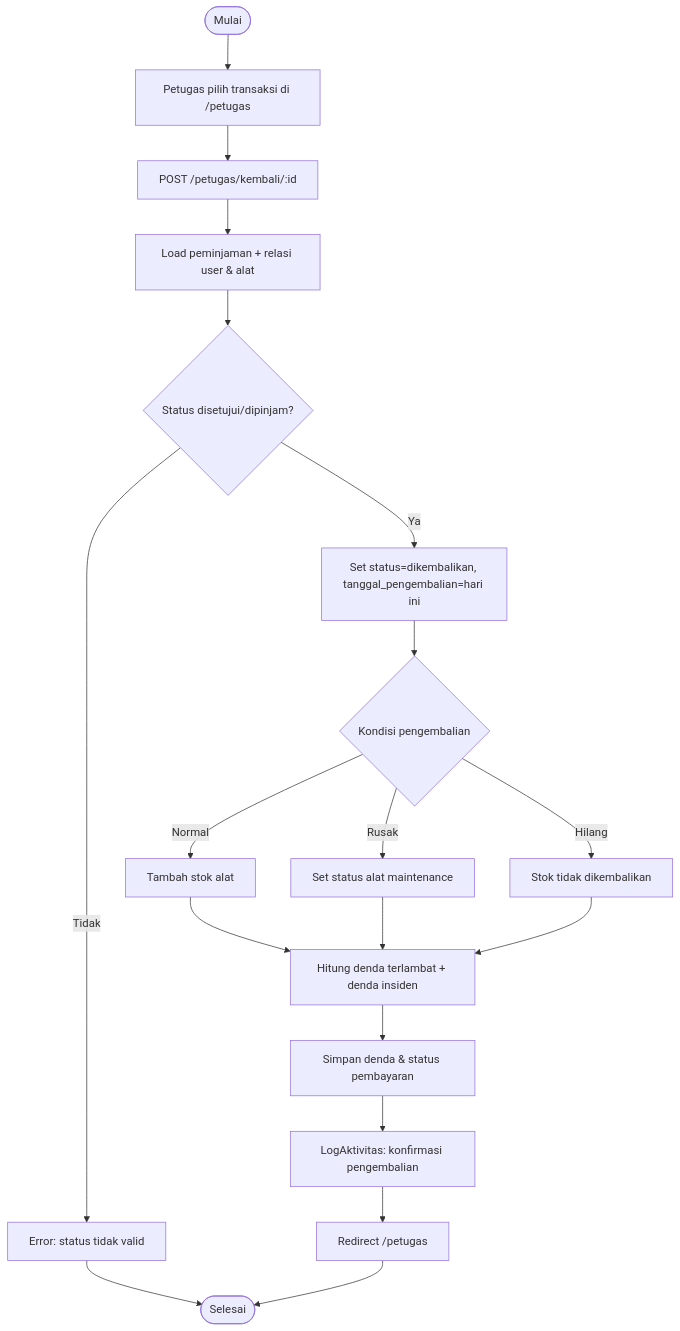
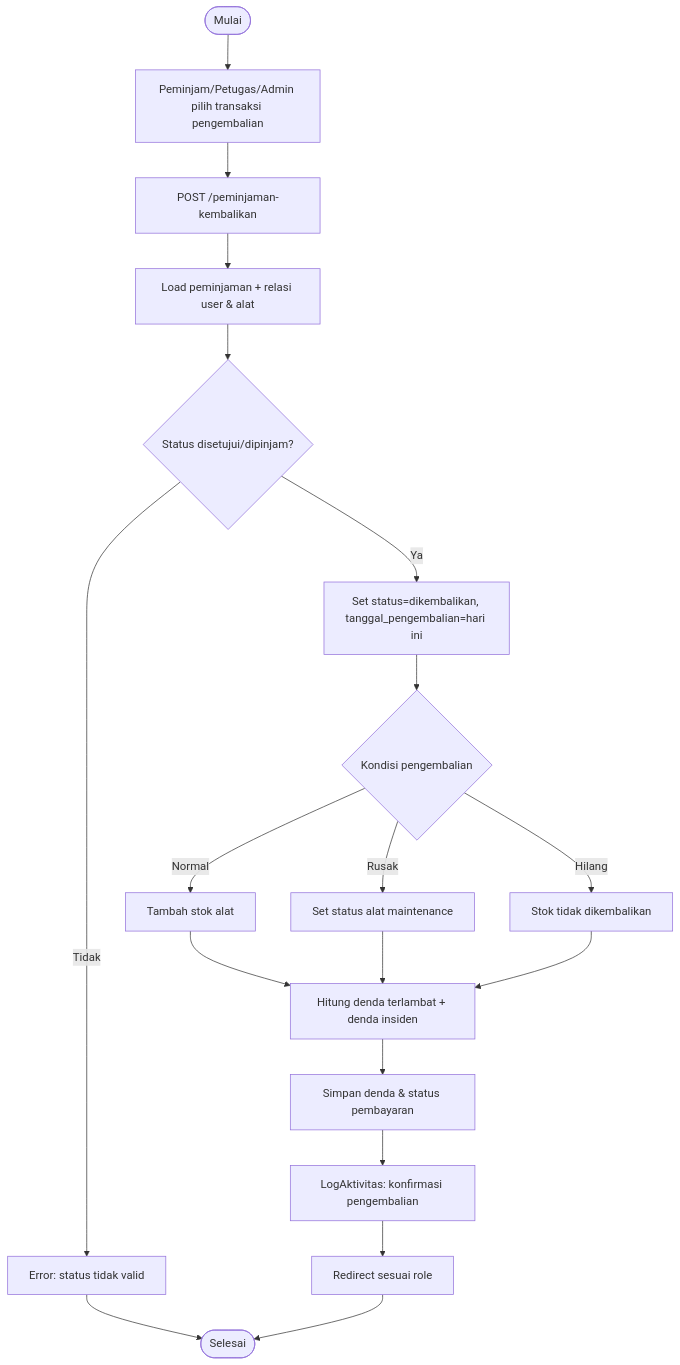
One commit to farsy06/ukk changed the fifth of 5 diagrams in docs/UKK_Dokumentasi.md. Above: the diagram before and after it, drawn with Mermaid. The commit also changed other lines of this file and 22 other files, not shown here.

````diff
--- a/docs/UKK_Dokumentasi.md
+++ b/docs/UKK_Dokumentasi.md
@@ -556,20 +558,20 @@
 ```mermaid
 flowchart TD
-  R0([Mulai]) --> R1[Petugas pilih transaksi di /petugas]
-  R1 --> R2[POST /petugas/kembali/:id]
+  R0([Mulai]) --> R1[Peminjam/Petugas/Admin pilih transaksi pengembalian]
+  R1 --> R2[POST /peminjaman-kembalikan]
   R2 --> R3[Load peminjaman + relasi user & alat]
   R3 --> R4{Status disetujui/dipinjam?}
   R4 -- Tidak --> Rerr[Error: status tidak valid] --> Rend([Selesai])
   R4 -- Ya --> R5[Set status=dikembalikan, tanggal_pengembalian=hari ini]
   R5 --> R6{Kondisi pengembalian}
   R6 -- Normal --> R7[Tambah stok alat]
   R6 -- Rusak --> R8[Set status alat maintenance]
   R6 -- Hilang --> R9[Stok tidak dikembalikan]
   R7 --> R10[Hitung denda terlambat + denda insiden]
   R8 --> R10
   R9 --> R10
   R10 --> R11[Simpan denda & status pembayaran]
   R11 --> R12[LogAktivitas: konfirmasi pengembalian]
-  R12 --> R13[Redirect /petugas]
+  R12 --> R13[Redirect sesuai role]
   R13 --> Rend
 ```
````
